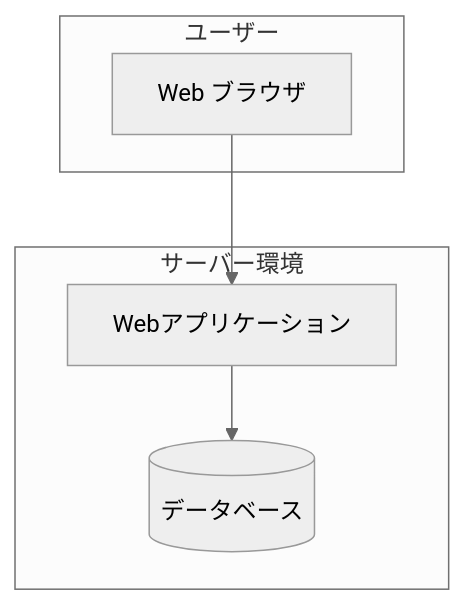
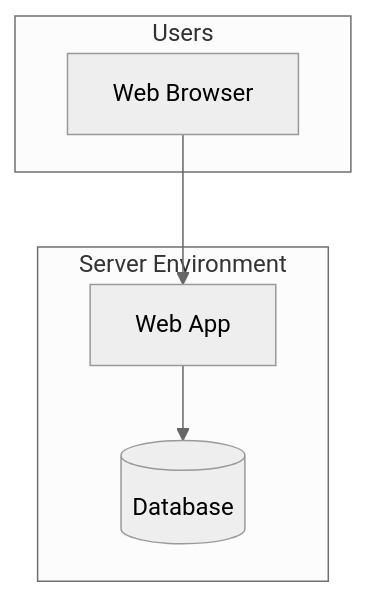
Before and after one commit to aToy0m0/skills: the first of 6 diagrams in generate-docs/TEMPLATES.md, drawn with Mermaid (neutral theme). The commit also changed other lines of this file and 5 other files, not shown here.

````diff
--- a/generate-docs/TEMPLATES.md
+++ b/generate-docs/TEMPLATES.md
@@ -37,14 +37,14 @@
 ```mermaid
 graph TB
-    subgraph ユーザー
-        Browser[Web ブラウザ]
+    subgraph Users
+        Browser[Web Browser]
     end
 
-    subgraph サーバー環境
-        App[Webアプリケーション]
-        DB[(データベース)]
+    subgraph Server Environment
+        App[Web App]
+        DB[(Database)]
     end
 
     Browser --> App
     App --> DB
 ```
````
